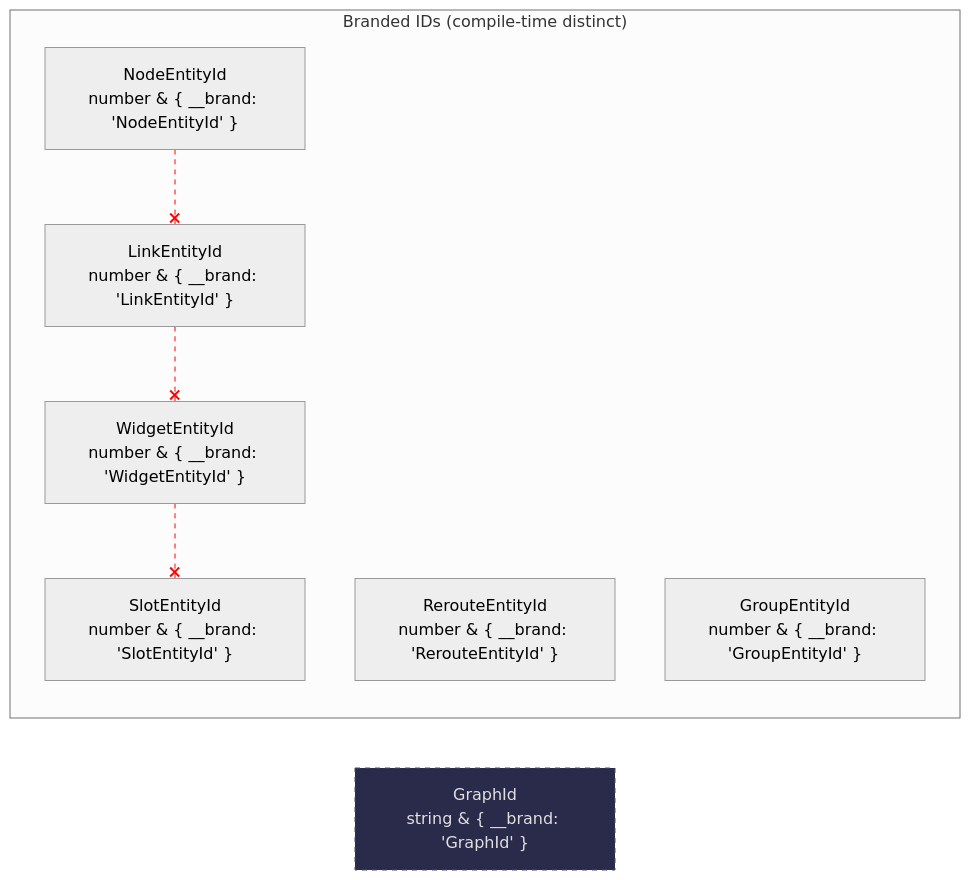
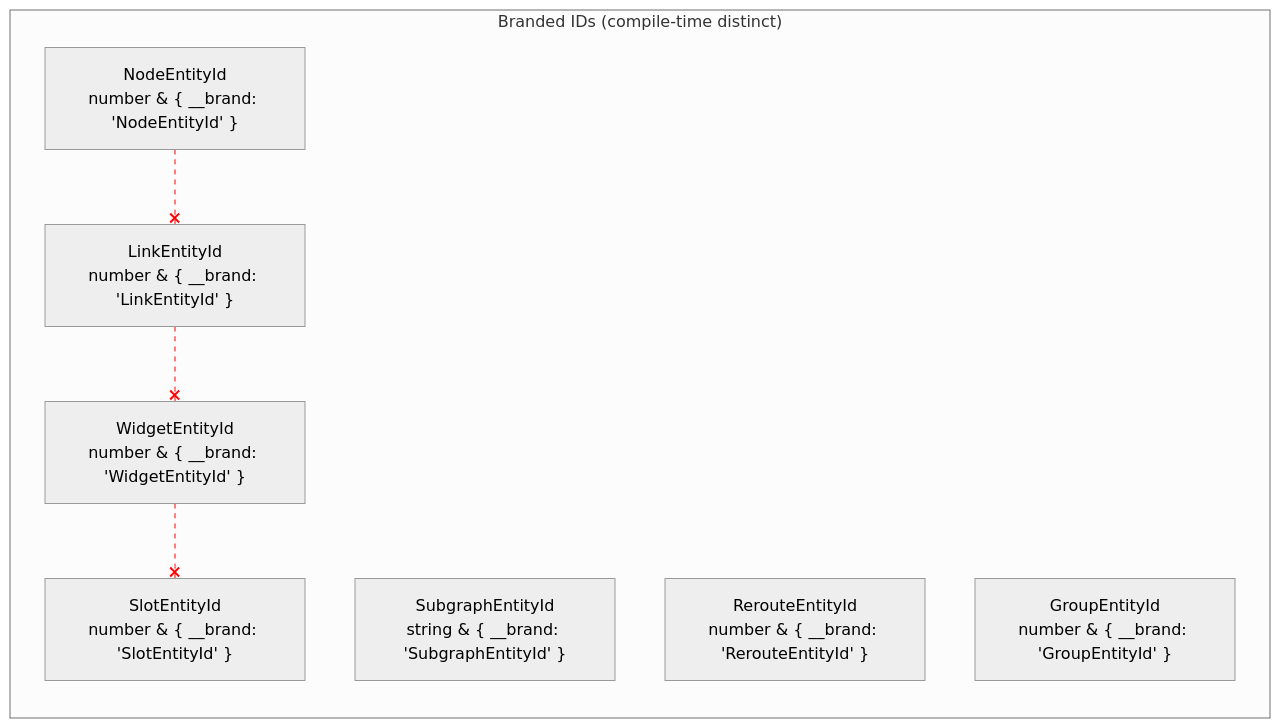
Before and after one commit to Comfy-Org/ComfyUI_frontend: the second of 12 diagrams in docs/architecture/ecs-target-architecture.md, drawn with Mermaid (neutral theme). The commit also changed other lines of this file, not shown here.

First line of the commit message:
fix: strip leading whitespace from multi-line mermaid labels in architecture docs

````diff
--- a/docs/architecture/ecs-target-architecture.md
+++ b/docs/architecture/ecs-target-architecture.md
@@ -54,30 +52,27 @@
 ```mermaid
 graph LR
     subgraph "Branded IDs (compile-time distinct)"
         NID["NodeEntityId
 number & { __brand: 'NodeEntityId' }"]
         LID["LinkEntityId
 number & { __brand: 'LinkEntityId' }"]
+        SID["SubgraphEntityId
+string & { __brand: 'SubgraphEntityId' }"]
         WID["WidgetEntityId
 number & { __brand: 'WidgetEntityId' }"]
         SLID["SlotEntityId
 number & { __brand: 'SlotEntityId' }"]
         RID["RerouteEntityId
 number & { __brand: 'RerouteEntityId' }"]
         GID["GroupEntityId
 number & { __brand: 'GroupEntityId' }"]
     end
 
-    GRID["GraphId
-string & { __brand: 'GraphId' }"]:::scopeId
-
     NID -.-x LID
     LID -.-x WID
     WID -.-x SLID
-
-    classDef scopeId fill:#2a2a4a,stroke:#4a4a6a,color:#e0e0e0,stroke-dasharray:5
 
     linkStyle 0 stroke:red,stroke-dasharray:5
     linkStyle 1 stroke:red,stroke-dasharray:5
     linkStyle 2 stroke:red,stroke-dasharray:5
 ```
````
